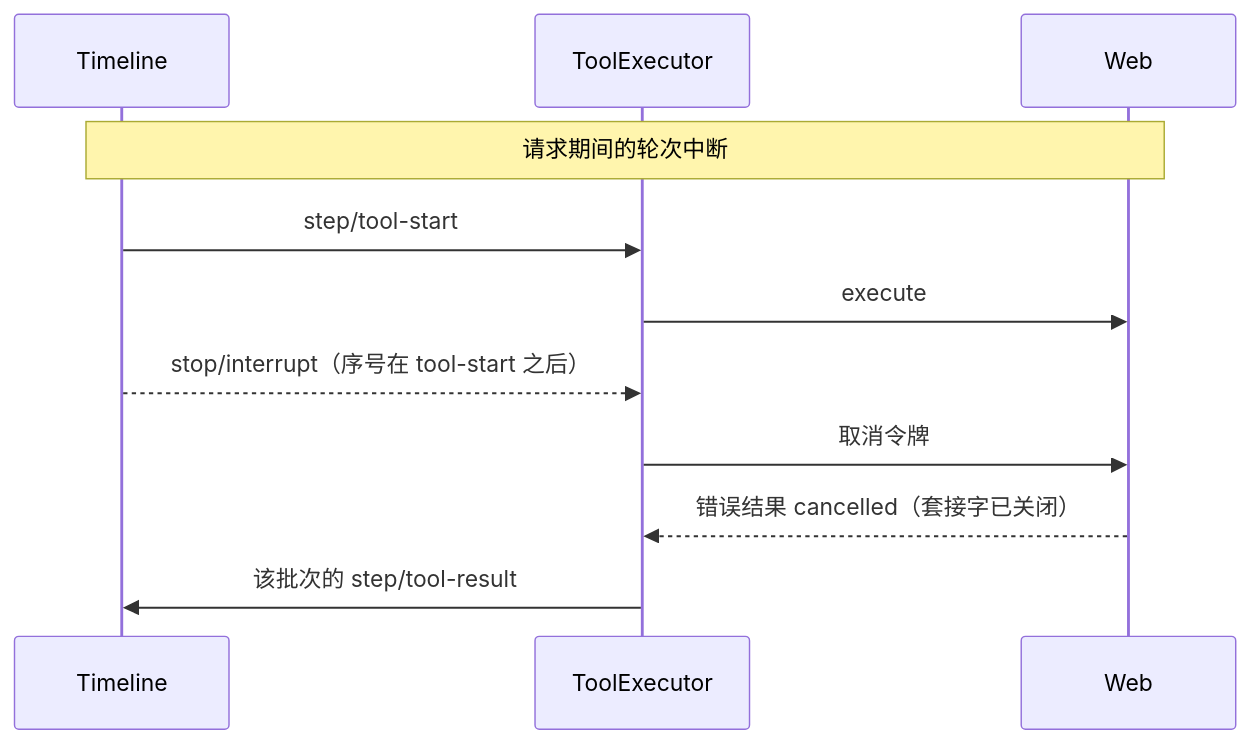
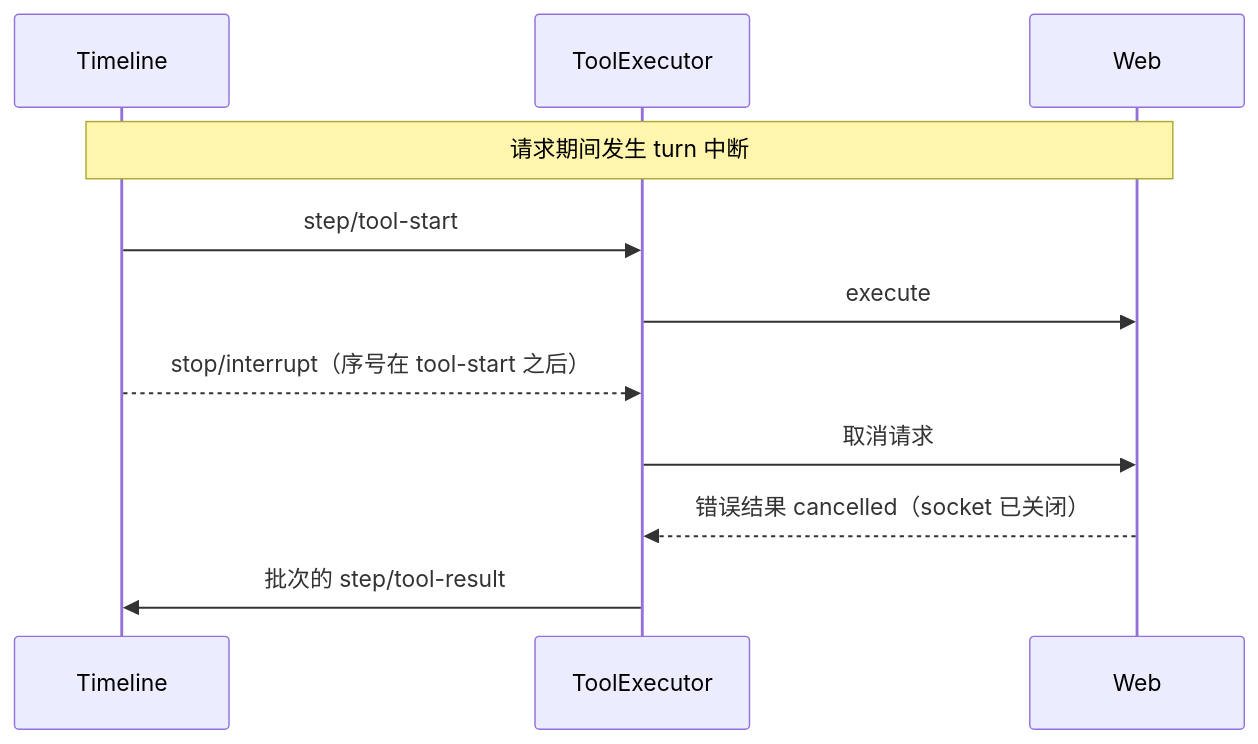
Before and after one commit to CoutinhoTTS/dim-agent: the fifth of 5 diagrams in docs/zh/design/plugins/Web.md, drawn with Mermaid. The commit also changed other lines of this file and 18 other files, not shown here.

````diff
--- a/docs/zh/design/plugins/Web.md
+++ b/docs/zh/design/plugins/Web.md
@@ -111,13 +111,13 @@
 ```mermaid
 sequenceDiagram
   participant TL as Timeline
   participant X as ToolExecutor
   participant W as Web
-  Note over TL,W: 请求期间的轮次中断
+  Note over TL,W: 请求期间发生 turn 中断
   TL->>X: step/tool-start
   X->>W: execute
   TL-->>X: stop/interrupt（序号在 tool-start 之后）
-  X->>W: 取消令牌
-  W-->>X: 错误结果 cancelled（套接字已关闭）
-  X->>TL: 该批次的 step/tool-result
+  X->>W: 取消请求
+  W-->>X: 错误结果 cancelled（socket 已关闭）
+  X->>TL: 批次的 step/tool-result
 ```
````
